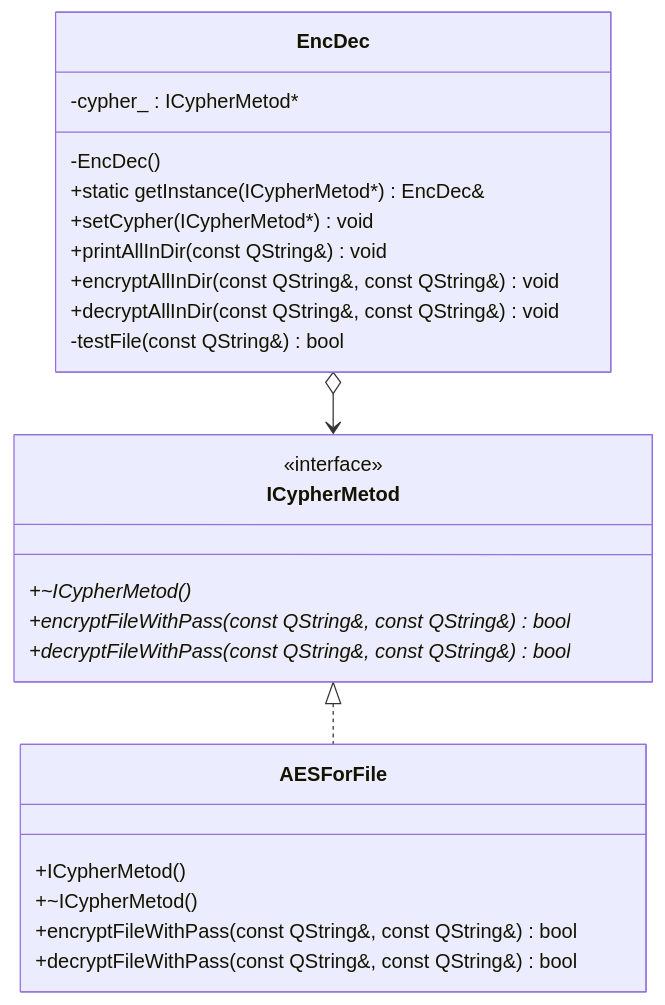
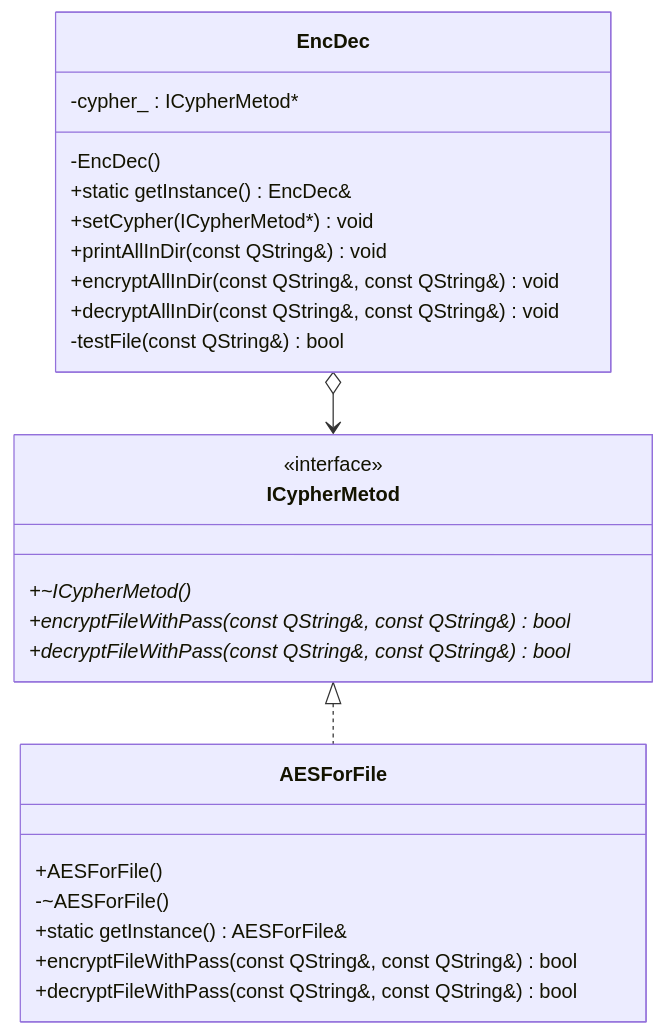
Before and after one commit to ILoveHumanity/Qt_Lab1: the diagram in README.md, drawn with Mermaid. The commit also changed 3 other files, not shown here.

````diff
--- a/README.md
+++ b/README.md
@@ -12,29 +12,30 @@
 ```mermaid
 classDiagram
     class ICypherMetod {
         <<interface>>
-	+~ICypherMetod()*
+	    +~ICypherMetod()*
         +encryptFileWithPass(const QString&, const QString&) bool*
         +decryptFileWithPass(const QString&, const QString&) bool*
     }
     class AESForFile {
-	+ICypherMetod()
-	+~ICypherMetod()
+	    +AESForFile()
+	    -~AESForFile()
+        +static getInstance() AESForFile&
         +encryptFileWithPass(const QString&, const QString&) bool
         +decryptFileWithPass(const QString&, const QString&) bool
     }
 
     class EncDec {
         -cypher_ : ICypherMetod&#42 
         -EncDec()
-        +static getInstance(ICypherMetod*) EncDec&
+        +static getInstance() EncDec&
         +setCypher(ICypherMetod*) void
         +printAllInDir(const QString&) void
         +encryptAllInDir(const QString&, const QString&) void
         +decryptAllInDir(const QString&, const QString&) void
-	-testFile(const QString&) bool
+	    -testFile(const QString&) bool
     }
 
     ICypherMetod <|.. AESForFile
     EncDec o--> ICypherMetod
 ```
````
